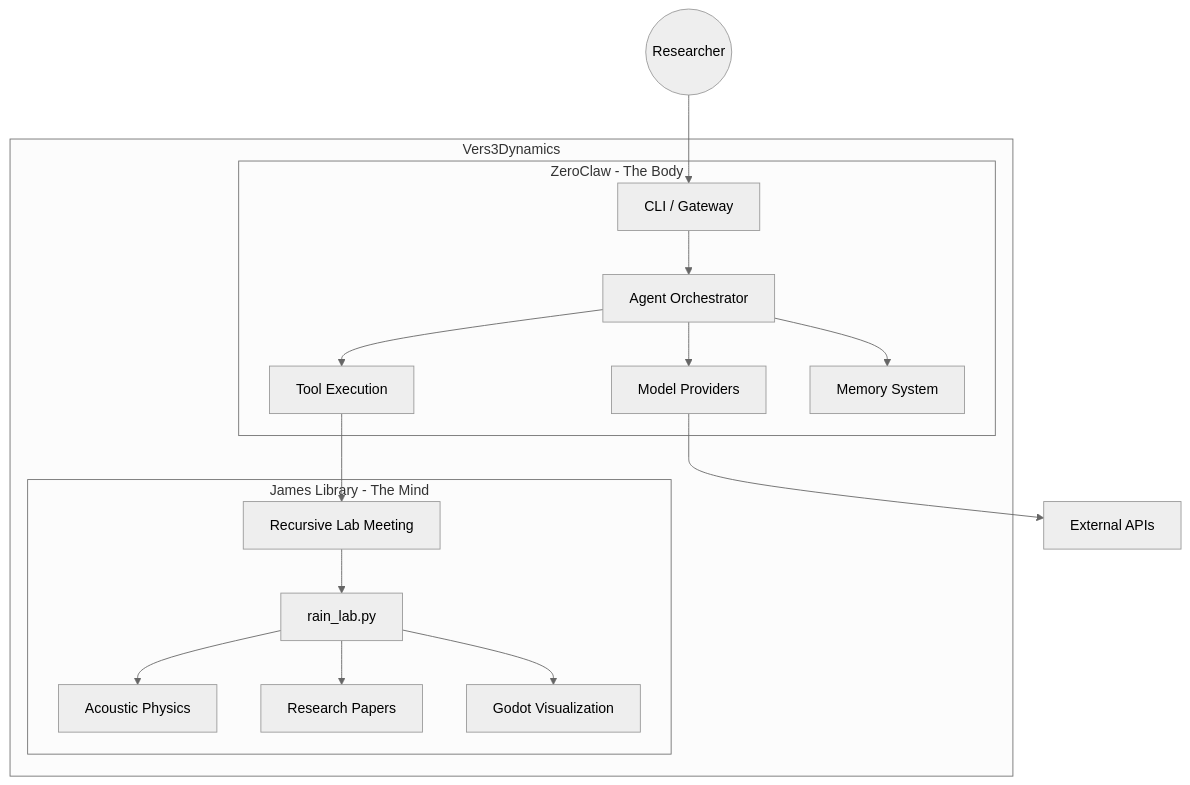
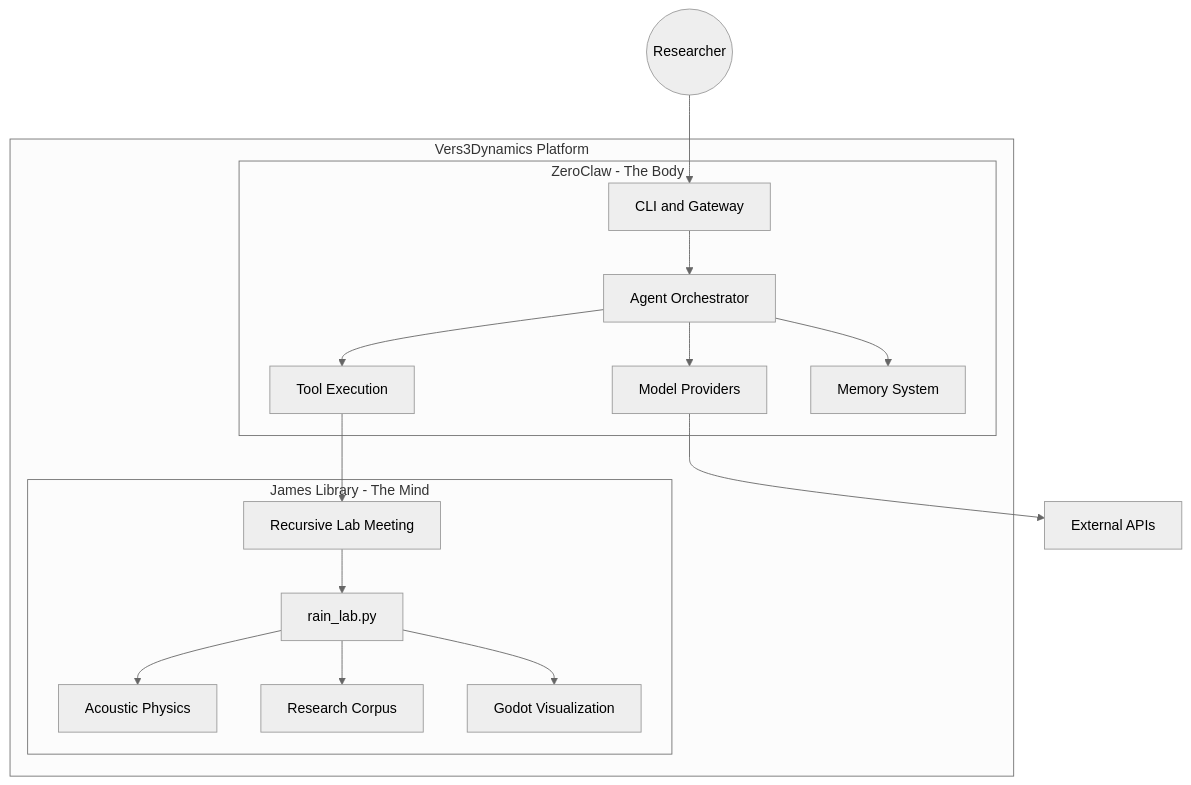
Before and after one commit to topherchris420/james_library: the diagram in README.md, drawn with Mermaid (neutral theme). The commit also changed other lines of this file, not shown here.

Commit message:
Refresh README for current architecture and guardrails

````diff
--- a/README.md
+++ b/README.md
@@ -41,35 +37,35 @@
 ```mermaid
 graph TB
-    subgraph "Vers3Dynamics"
+    subgraph "Vers3Dynamics Platform"
         subgraph "ZeroClaw - The Body"
-            CLI[CLI / Gateway]
+            CLI[CLI and Gateway]
             Agent[Agent Orchestrator]
             Providers[Model Providers]
             Tools[Tool Execution]
             Memory[Memory System]
         end
 
         subgraph "James Library - The Mind"
             RLM[Recursive Lab Meeting]
             RainLab[rain_lab.py]
             Physics[Acoustic Physics]
-            Research[Research Papers]
+            Research[Research Corpus]
             Godot[Godot Visualization]
         end
     end
 
     User((Researcher))
     External[External APIs]
 
     User --> CLI
     CLI --> Agent
     Agent --> Providers
     Agent --> Tools
     Agent --> Memory
     Tools --> RLM
     RLM --> RainLab
     RainLab --> Physics
     RainLab --> Research
     RainLab --> Godot
     Providers --> External
 ```
````
